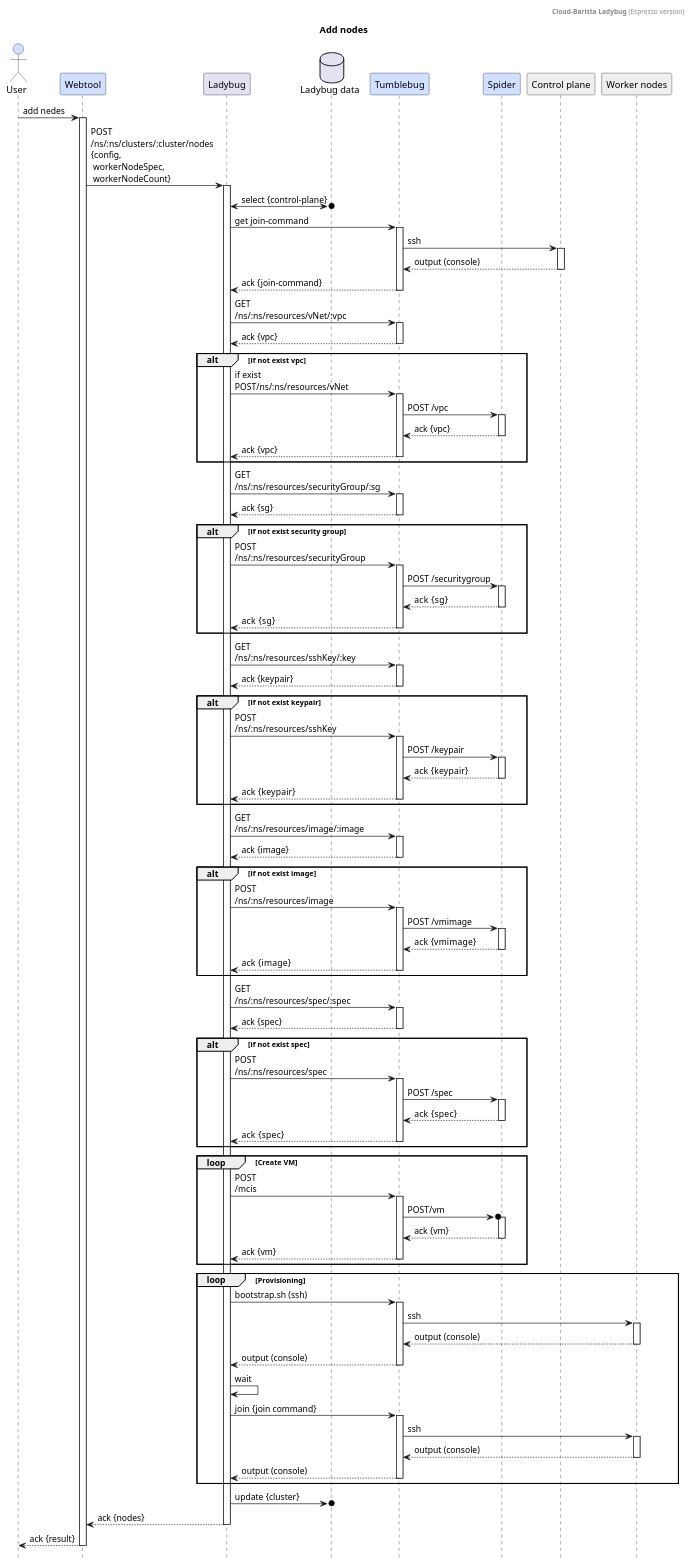
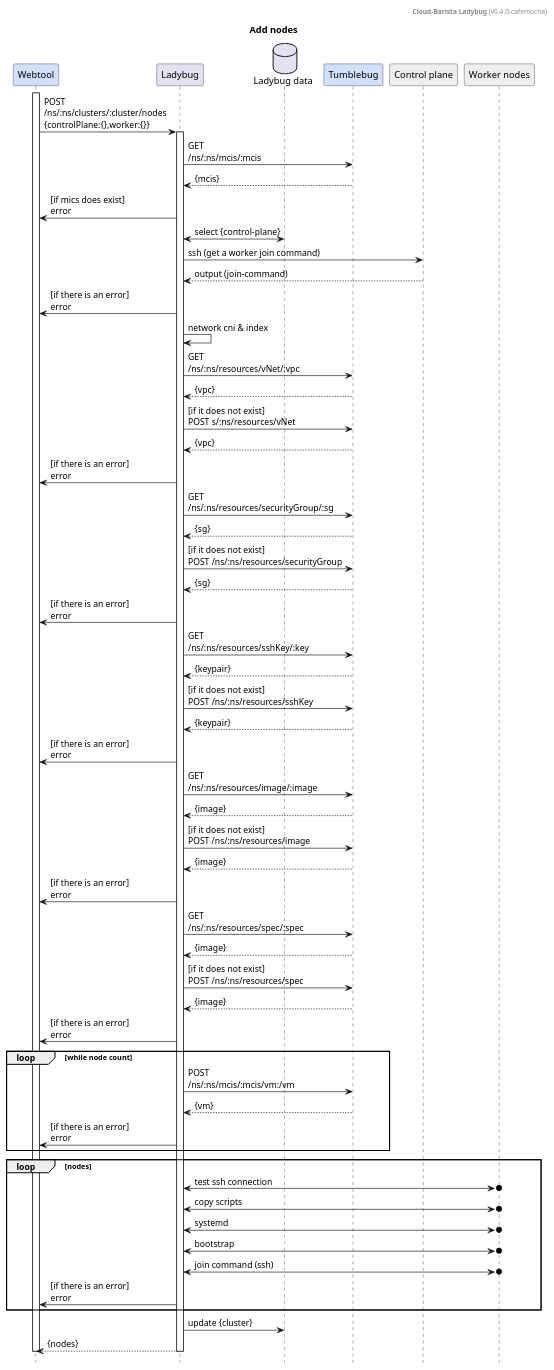
Before and after one commit to cloud-barista/cloud-barista: the diagram in cb-ladybug/docs/design/nodes-add.puml, drawn with PlantUML. The commit also changed 2027 other files, not shown here.

```diff
--- a/cb-ladybug/docs/design/nodes-add.puml
+++ b/cb-ladybug/docs/design/nodes-add.puml
@@ -1,165 +1,91 @@
-@@startuml
+@startuml
 
-header **Cloud-Barista Ladybug** (Espresso version)
+header **Cloud-Barista Ladybug** (v0.4.0-cafemocha)
 title Add nodes
 hide footbox
 
-actor		"User"			as user			#d1e0ff
 participant	"Webtool"		as webtool		#d1e0ff
 participant	"Ladybug"		as provider
 database	"Ladybug data"	as db
 participant	"Tumblebug"		as tumblebug	#d1e0ff
-participant	"Spider"		as spider		#d1e0ff
 participant	"Control plane"	as mNodes		#eeeeee
 participant	"Worker nodes"	as wNodes		#eeeeee
 
 
-user		->	webtool		: add nedes
-
 activate webtool
-	webtool		->	provider		: POST\n/ns/:ns/clusters/:cluster/nodes \n{config,\n workerNodeSpec,\n workerNodeCount}
+	webtool		->	provider		: POST\n/ns/:ns/clusters/:cluster/nodes \n{controlPlane:{},worker:{}}
 
 	activate provider
 
-		provider	<->o	db				: select {control-plane}
+		provider	->	tumblebug	: GET\n/ns/:ns/mcis/:mcis
+		tumblebug	-->	provider	: {mcis}
+		provider	->	webtool		: [if mics does exist]\nerror 
 
 		'-- 1. join command
-		provider	->	tumblebug			: get join-command
-		activate tumblebug
-			tumblebug	->	mNodes			: ssh
-			activate mNodes
-				tumblebug	<--	mNodes		: output (console)
-			deactivate mNodes
-			provider	<--	tumblebug		: ack {join-command}
-		deactivate tumblebug
+		provider	<->	db			: select {control-plane}
+		provider	->		mNodes		: ssh (get a worker join command)
+		provider	<--		mNodes		: output (join-command)
+		provider	->		webtool		: [if there is an error]\nerror
+		provider	->		provider	: network cni & index
 
 		'-- 2.1. vpc
-		provider	->	tumblebug			: GET\n/ns/:ns/resources/vNet/:vpc
-		activate tumblebug
-			tumblebug	-->	provider		: ack {vpc}
-		deactivate tumblebug
+		provider	->	tumblebug	: GET\n/ns/:ns/resources/vNet/:vpc
+		tumblebug	-->	provider	: {vpc}
+		provider	->	tumblebug	: [if it does not exist]\nPOST s/:ns/resources/vNet
+		tumblebug	-->	provider	: {vpc}
+		provider	->	webtool		: [if there is an error]\nerror
 
-		alt if not exist vpc
-			provider	->	tumblebug		: if exist\nPOST/ns/:ns/resources/vNet
-			activate tumblebug
-				tumblebug	->	spider		: POST /vpc
-				activate spider
-					tumblebug	<--	spider	: ack {vpc}
-				deactivate spider
-				tumblebug	-->	provider	: ack {vpc}
-			deactivate tumblebug
+		'-- 2.2. sg(fw)
+		provider	->	tumblebug	: GET\n/ns/:ns/resources/securityGroup/:sg
+		tumblebug	-->	provider	: {sg}
+		provider	->	tumblebug	: [if it does not exist]\nPOST /ns/:ns/resources/securityGroup
+		tumblebug	-->	provider	: {sg}
+		provider	->	webtool		: [if there is an error]\nerror
+
+		'-- 2.3. ssh
+		provider	->	tumblebug	: GET\n/ns/:ns/resources/sshKey/:key
+		tumblebug	-->	provider	: {keypair}
+		provider	->	tumblebug	: [if it does not exist]\nPOST /ns/:ns/resources/sshKey
+		tumblebug	-->	provider	: {keypair}
+		provider	->	webtool		: [if there is an error]\nerror
+		
+		'-- 2.4. image
+		provider	->	tumblebug	: GET\n/ns/:ns/resources/image/:image
+		tumblebug	-->	provider	: {image}
+		provider	->	tumblebug 	: [if it does not exist]\nPOST /ns/:ns/resources/image
+		tumblebug	-->	provider	: {image}
+		provider	->	webtool		: [if there is an error]\nerror
+
+		'-- 2.5. spec
+		provider	->	tumblebug	: GET\n/ns/:ns/resources/spec/:spec
+		tumblebug	-->	provider	: {image}
+		provider	->	tumblebug 	: [if it does not exist]\nPOST /ns/:ns/resources/spec
+		tumblebug	-->	provider	: {image}
+		provider	->	webtool		: [if there is an error]\nerror
+
+		'-- 2.6. mcis
+		
+		loop while node count
+			provider	->	tumblebug	: POST\n/ns/:ns/mcis/:mcis/vm:/vm
+			tumblebug	-->	provider 	: {vm}
+			provider	->	webtool		: [if there is an error]\nerror
+		end
+	
+		'-- 3. boostrap & provisioning
+		loop nodes
+			provider	<->o	wNodes		: test ssh connection
+			provider	<->o	wNodes		: copy scripts
+			provider	<->o	wNodes		: systemd
+			provider	<->o	wNodes		: bootstrap
+			provider	<->o	wNodes		: join command (ssh)
+			provider	->		webtool		: [if there is an error]\nerror
 		end
 
-		'-- 2.2. sg(fw)
-		provider	->	tumblebug			: GET\n/ns/:ns/resources/securityGroup/:sg
-		activate tumblebug
-			tumblebug	-->	provider		: ack {sg}
-		deactivate tumblebug
-
-		alt if not exist security group
-			provider	->	tumblebug		: POST\n/ns/:ns/resources/securityGroup
-			activate tumblebug
-				tumblebug	->	spider		: POST /securitygroup
-				activate spider
-					tumblebug	<--	spider	: ack  {sg}
-				deactivate spider
-				tumblebug	-->	provider	: ack  {sg}
-			deactivate tumblebug
-		end
-
-		'-- 2.3. ssh
-		provider	->	tumblebug			: GET\n/ns/:ns/resources/sshKey/:key
-		activate tumblebug
-			tumblebug	-->	provider		: ack {keypair}
-		deactivate tumblebug
-
-		alt if not exist keypair
-			provider	->	tumblebug		: POST\n/ns/:ns/resources/sshKey
-			activate tumblebug
-				tumblebug	->	spider		: POST /keypair
-				activate spider
-					tumblebug	<--	spider	: ack  {keypair}
-				deactivate spider
-				tumblebug	-->	provider	: ack  {keypair}
-			deactivate tumblebug
-		end
-		
-		'-- 2.4. image
-		provider	->	tumblebug			: GET\n/ns/:ns/resources/image/:image
-		activate tumblebug
-			tumblebug	-->	provider		: ack {image}
-		deactivate tumblebug
-
-		alt if not exist image
-			provider	->	tumblebug 		: POST\n/ns/:ns/resources/image
-			activate tumblebug
-				tumblebug	->	spider		: POST /vmimage
-				activate spider
-					tumblebug	<--	spider	:  ack  {vmimage}
-				deactivate spider
-				tumblebug	-->	provider	: ack  {image}
-			deactivate tumblebug
-		end
-
-		'-- 2.5. spec
-		provider	->	tumblebug			: GET\n/ns/:ns/resources/spec/:spec
-		activate tumblebug
-			tumblebug	-->	provider		: ack {spec}
-		deactivate tumblebug
-
-		alt if not exist spec
-			provider	->	tumblebug 		: POST\n/ns/:ns/resources/spec
-			activate tumblebug
-				tumblebug	->	spider		: POST /spec
-				activate spider
-					tumblebug	<--	spider	: ack  {spec}
-				deactivate spider
-				tumblebug	-->	provider	: ack  {spec}
-			deactivate tumblebug
-		end
-
-		'-- 2.6. mcis
-		loop Create VM
-			provider	->	tumblebug		: POST\n/mcis
-
-			activate tumblebug
-				tumblebug	->o	spider		: POST/vm
-				activate spider
-					tumblebug	<--	spider	: ack {vm}
-				deactivate spider
-				tumblebug	-->	provider 	: ack {vm}
-			deactivate tumblebug
-		end
-
-		loop Provisioning
-			' -- 2.boostrap
-			provider	->	tumblebug		: bootstrap.sh (ssh)
-			activate tumblebug
-				tumblebug	->	wNodes		: ssh
-				activate wNodes
-					tumblebug	<--	wNodes	: output (console)
-				deactivate wNodes
-				provider	<--	tumblebug	: output (console)
-			deactivate tumblebug
-			provider	->	provider		: wait
-
-			' -- 3.provisioning
-			provider	->	tumblebug		: join {join command}
-
-			activate tumblebug
-				tumblebug	->	wNodes		: ssh
-				activate wNodes
-					tumblebug	<--	wNodes	: output (console)
-				deactivate wNodes
-				provider	<--	tumblebug	: output (console)
-			deactivate tumblebug
-		end
-		provider	->o	db					: update {cluster}
-		provider	-->	webtool				: ack {nodes}
+		provider	->	db					: update {cluster}
+		provider	-->	webtool				: {nodes}
 
 	deactivate provider
 
-	webtool	-->	user	: ack {result}
 deactivate webtool
 
-@@enduml
+@enduml
```
